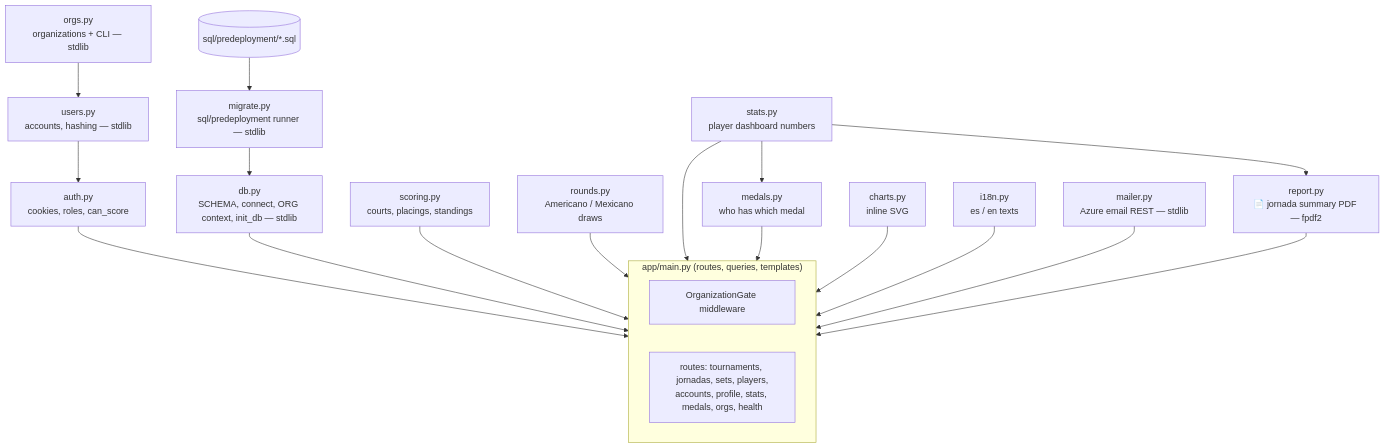
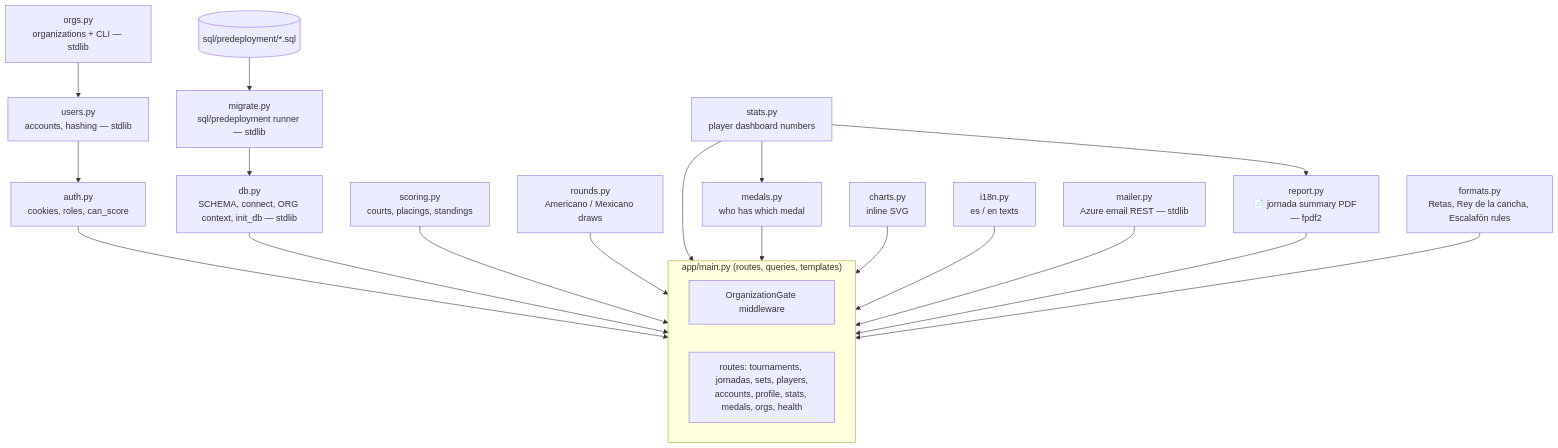
The first of 5 diagrams in docs/processes/ARCHITECTURE.md (Sorrycion/PadelScore), drawn with Mermaid before and after one commit. The commit also changed other lines of this file and 30 other files, not shown here.

First line of the commit message:
🔄👑🪜 Retas, Rey de la cancha and Escalafón; positions chart in the PDF

````diff
--- a/docs/processes/ARCHITECTURE.md
+++ b/docs/processes/ARCHITECTURE.md
@@ -9,23 +9,24 @@
 ```mermaid
 flowchart TD
     subgraph web["app/main.py (routes, queries, templates)"]
         GATE[OrganizationGate middleware]
         ROUTES[routes: tournaments, jornadas, sets, players,<br/>accounts, profile, stats, medals, orgs, health]
     end
     AUTH[auth.py<br/>cookies, roles, can_score] --> web
     USERS[users.py<br/>accounts, hashing — stdlib] --> AUTH
     ORGS[orgs.py<br/>organizations + CLI — stdlib] --> USERS
     DB[db.py<br/>SCHEMA, connect, ORG context, init_db — stdlib] --> web
     MIG[migrate.py<br/>sql/predeployment runner — stdlib] --> DB
     SCORING[scoring.py<br/>courts, placings, standings] --> web
     ROUNDS[rounds.py<br/>Americano / Mexicano draws] --> web
     STATS[stats.py<br/>player dashboard numbers] --> web
     MEDALS[medals.py<br/>who has which medal] --> web
     STATS --> MEDALS
     CHARTS[charts.py<br/>inline SVG] --> web
     I18N[i18n.py<br/>es / en texts] --> web
     MAIL[mailer.py<br/>Azure email REST — stdlib] --> web
     REPORT[report.py<br/>📄 jornada summary PDF — fpdf2] --> web
+    FORMATS[formats.py<br/>Retas, Rey de la cancha, Escalafón rules] --> web
     STATS --> REPORT
     SQL[(sql/predeployment/*.sql)] --> MIG
 ```
````
